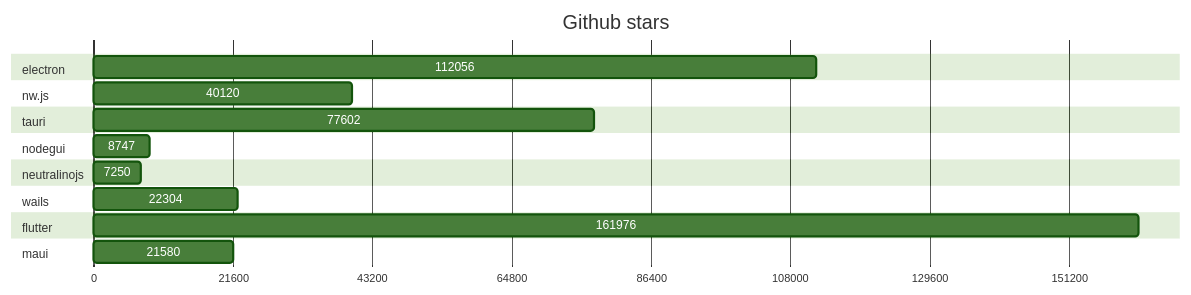
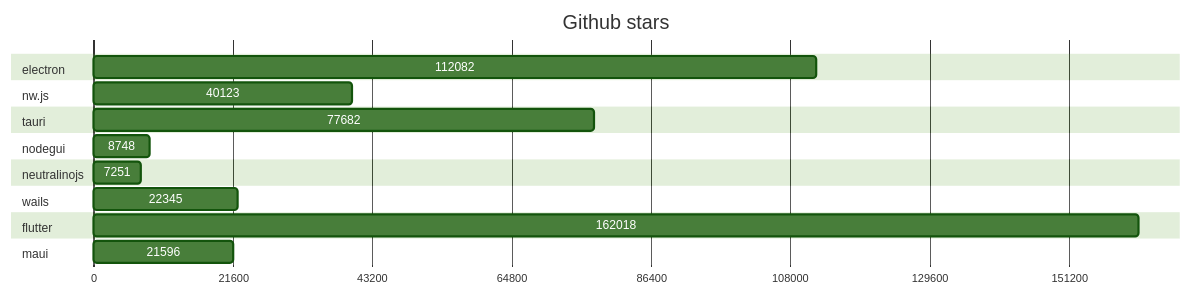
The first of 2 diagrams in GRAPHS.md (Elanis/web-to-desktop-framework-comparison), drawn with Mermaid (forest theme) before and after one commit. The commit also changed other lines of this file and 2 other files, not shown here.

Commit message:
Update stars & Fork

````diff
--- a/GRAPHS.md
+++ b/GRAPHS.md
@@ -5,40 +5,40 @@
 ```mermaid
 gantt
     title Github stars
     dateFormat  X
     axisFormat %s
 
 
 	section electron
-	112056 : 0, 112056
+	112082 : 0, 112082
 
 	
 	section nw.js
-	40120 : 0, 40120
+	40123 : 0, 40123
 
 	
 	section tauri
-	77602 : 0, 77602
+	77682 : 0, 77682
 
 	
 	section nodegui
-	8747 : 0, 8747
+	8748 : 0, 8748
 
 	
 	section neutralinojs
-	7250 : 0, 7250
+	7251 : 0, 7251
 
 	
 	section wails
-	22304 : 0, 22304
+	22345 : 0, 22345
 
 	
 	section flutter
-	161976 : 0, 161976
+	162018 : 0, 162018
 
 	
 	section maui
-	21580 : 0, 21580
+	21596 : 0, 21596
 
 	
 ```
````
